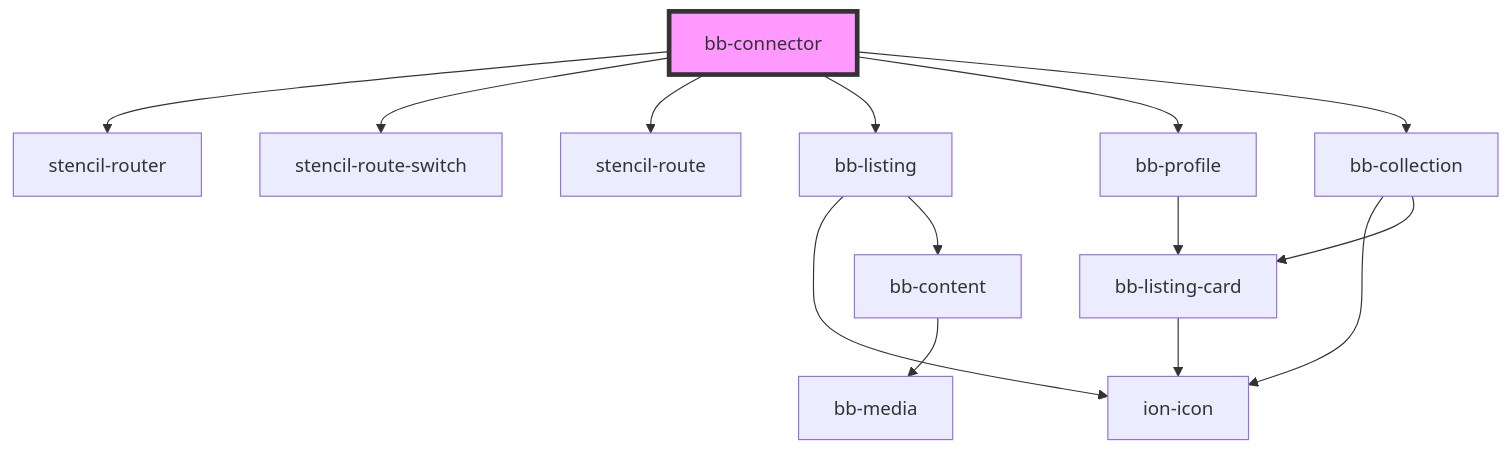
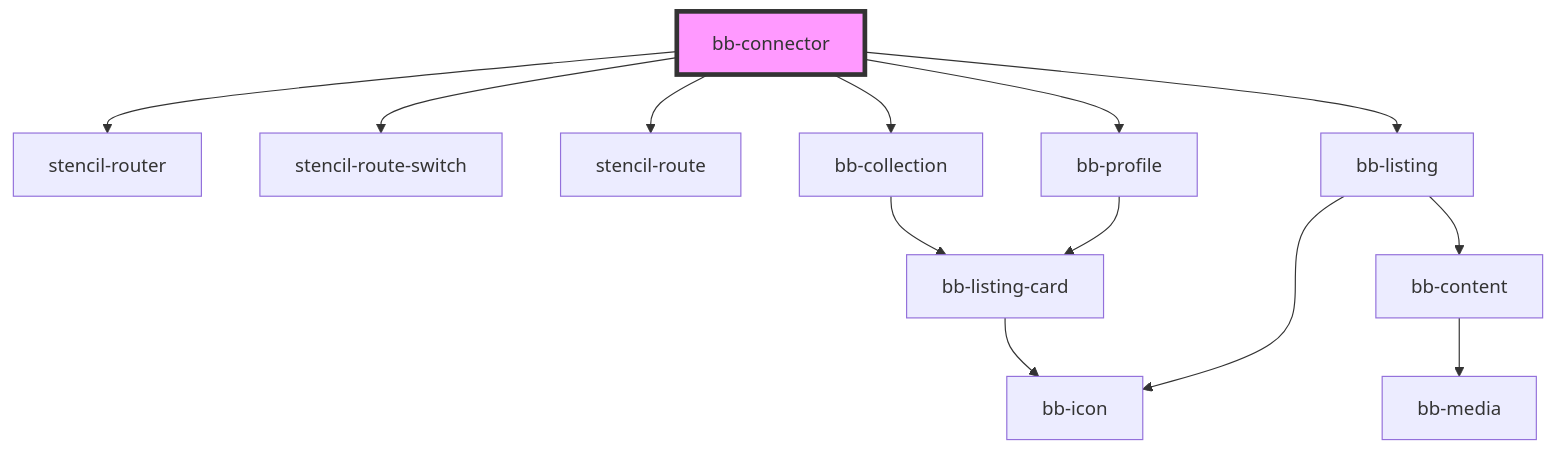
One commit to BoaterBase/bb-components changed the diagram in src/components/bb-connector/readme.md. Above: the diagram before and after it, drawn with Mermaid. The commit also changed 14 other files, not shown here.

````diff
--- a/src/components/bb-connector/readme.md
+++ b/src/components/bb-connector/readme.md
@@ -34,17 +34,16 @@
 ```mermaid
 graph TD;
   bb-connector --> stencil-router
   bb-connector --> stencil-route-switch
   bb-connector --> stencil-route
   bb-connector --> bb-listing
   bb-connector --> bb-profile
   bb-connector --> bb-collection
-  bb-listing --> ion-icon
+  bb-listing --> bb-icon
   bb-listing --> bb-content
   bb-content --> bb-media
   bb-profile --> bb-listing-card
-  bb-listing-card --> ion-icon
-  bb-collection --> ion-icon
+  bb-listing-card --> bb-icon
   bb-collection --> bb-listing-card
   style bb-connector fill:#f9f,stroke:#333,stroke-width:4px
 ```
````
